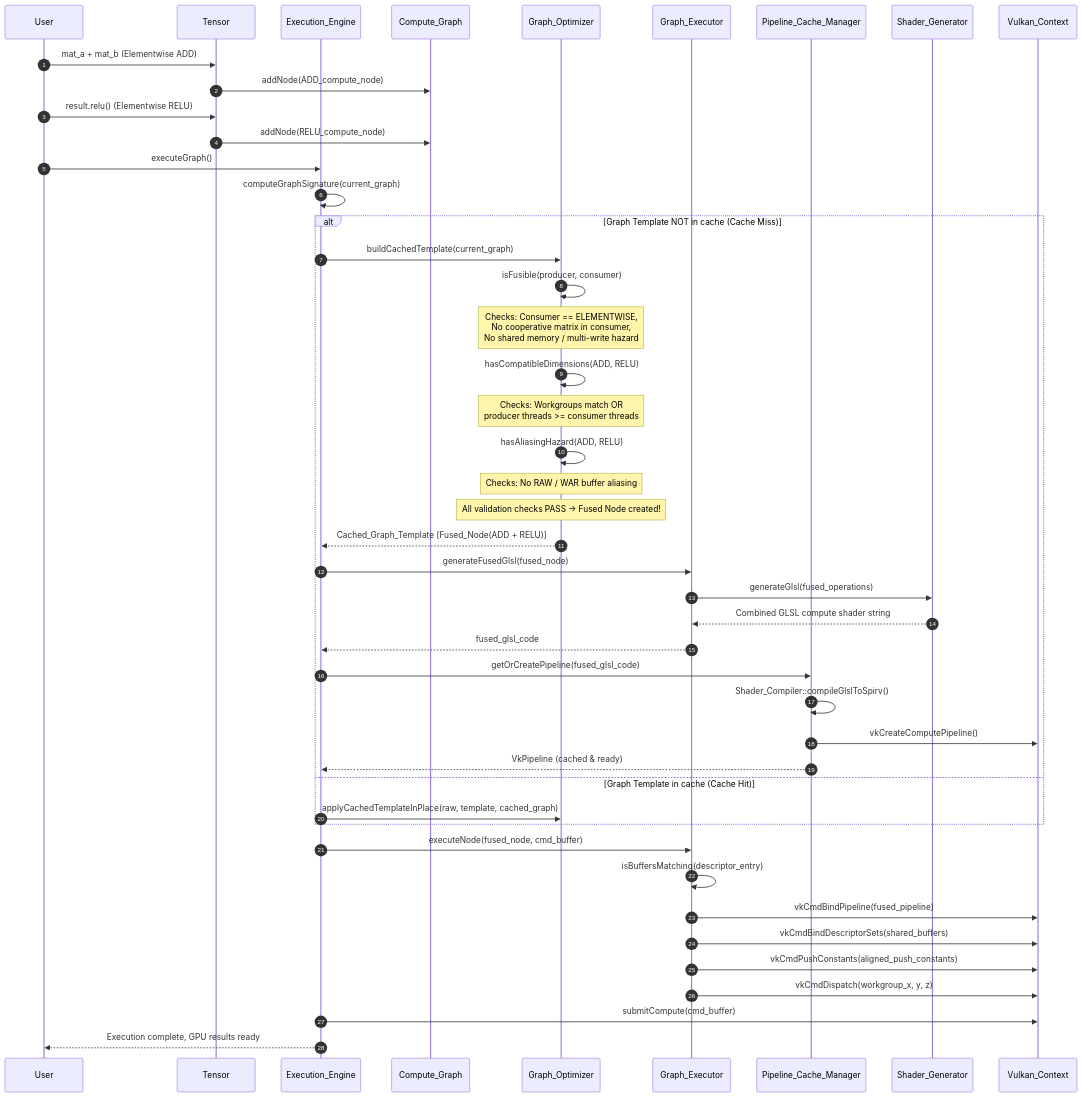
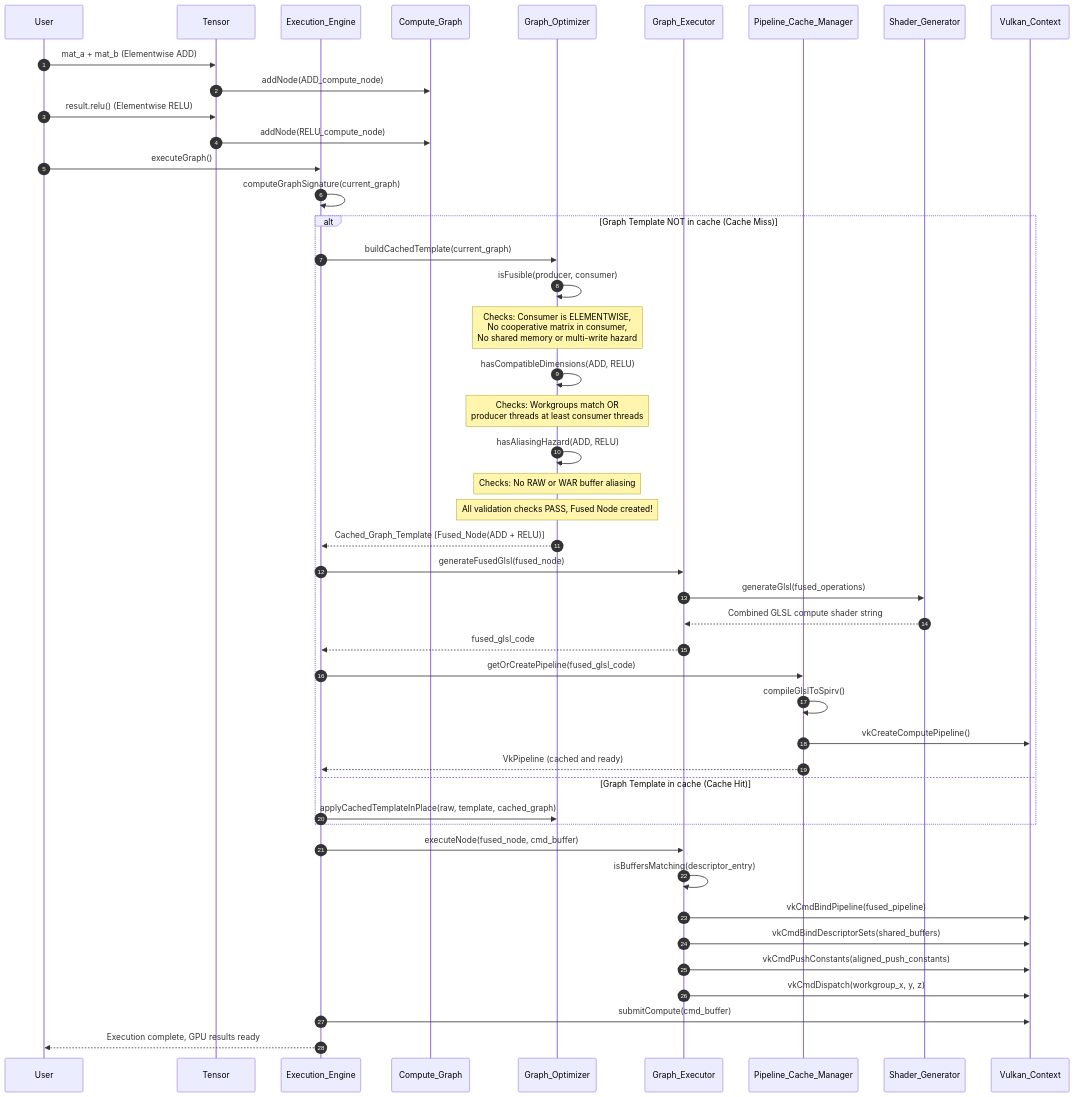
The ninth of 11 diagrams in architechture.md (HungVQ1991/VulkanML), drawn with Mermaid before and after one commit. The commit also changed other lines of this file, not shown here.

````diff
--- a/architechture.md
+++ b/architechture.md
@@ -854,54 +854,54 @@
 ```mermaid
 sequenceDiagram
     autonumber
     participant User
     participant Tensor
     participant EE as Execution_Engine
     participant CG as Compute_Graph
     participant GO as Graph_Optimizer
     participant GX as Graph_Executor
     participant PCM as Pipeline_Cache_Manager
     participant SG as Shader_Generator
     participant VK as Vulkan_Context
 
     User->>Tensor: mat_a + mat_b (Elementwise ADD)
     Tensor->>CG: addNode(ADD_compute_node)
     User->>Tensor: result.relu() (Elementwise RELU)
     Tensor->>CG: addNode(RELU_compute_node)
 
     User->>EE: executeGraph()
     EE->>EE: computeGraphSignature(current_graph)
 
     alt Graph Template NOT in cache (Cache Miss)
         EE->>GO: buildCachedTemplate(current_graph)
         GO->>GO: isFusible(producer, consumer)
-        Note over GO: Checks: Consumer == ELEMENTWISE,<br/>No cooperative matrix in consumer,<br/>No shared memory / multi-write hazard
+        Note over GO: Checks: Consumer is ELEMENTWISE,<br/>No cooperative matrix in consumer,<br/>No shared memory or multi-write hazard
         GO->>GO: hasCompatibleDimensions(ADD, RELU)
-        Note over GO: Checks: Workgroups match OR<br/>producer threads >= consumer threads
+        Note over GO: Checks: Workgroups match OR<br/>producer threads at least consumer threads
         GO->>GO: hasAliasingHazard(ADD, RELU)
-        Note over GO: Checks: No RAW / WAR buffer aliasing
-        Note over GO: All validation checks PASS -> Fused Node created!
+        Note over GO: Checks: No RAW or WAR buffer aliasing
+        Note over GO: All validation checks PASS, Fused Node created!
         GO-->>EE: Cached_Graph_Template [Fused_Node(ADD + RELU)]
 
         EE->>GX: generateFusedGlsl(fused_node)
         GX->>SG: generateGlsl(fused_operations)
         SG-->>GX: Combined GLSL compute shader string
         GX-->>EE: fused_glsl_code
 
         EE->>PCM: getOrCreatePipeline(fused_glsl_code)
-        PCM->>PCM: Shader_Compiler::compileGlslToSpirv()
+        PCM->>PCM: compileGlslToSpirv()
         PCM->>VK: vkCreateComputePipeline()
-        PCM-->>EE: VkPipeline (cached & ready)
+        PCM-->>EE: VkPipeline (cached and ready)
     else Graph Template in cache (Cache Hit)
         EE->>GO: applyCachedTemplateInPlace(raw, template, cached_graph)
     end
 
     EE->>GX: executeNode(fused_node, cmd_buffer)
     GX->>GX: isBuffersMatching(descriptor_entry)
     GX->>VK: vkCmdBindPipeline(fused_pipeline)
     GX->>VK: vkCmdBindDescriptorSets(shared_buffers)
     GX->>VK: vkCmdPushConstants(aligned_push_constants)
     GX->>VK: vkCmdDispatch(workgroup_x, y, z)
     EE->>VK: submitCompute(cmd_buffer)
     EE-->>User: Execution complete, GPU results ready
 ```
````
